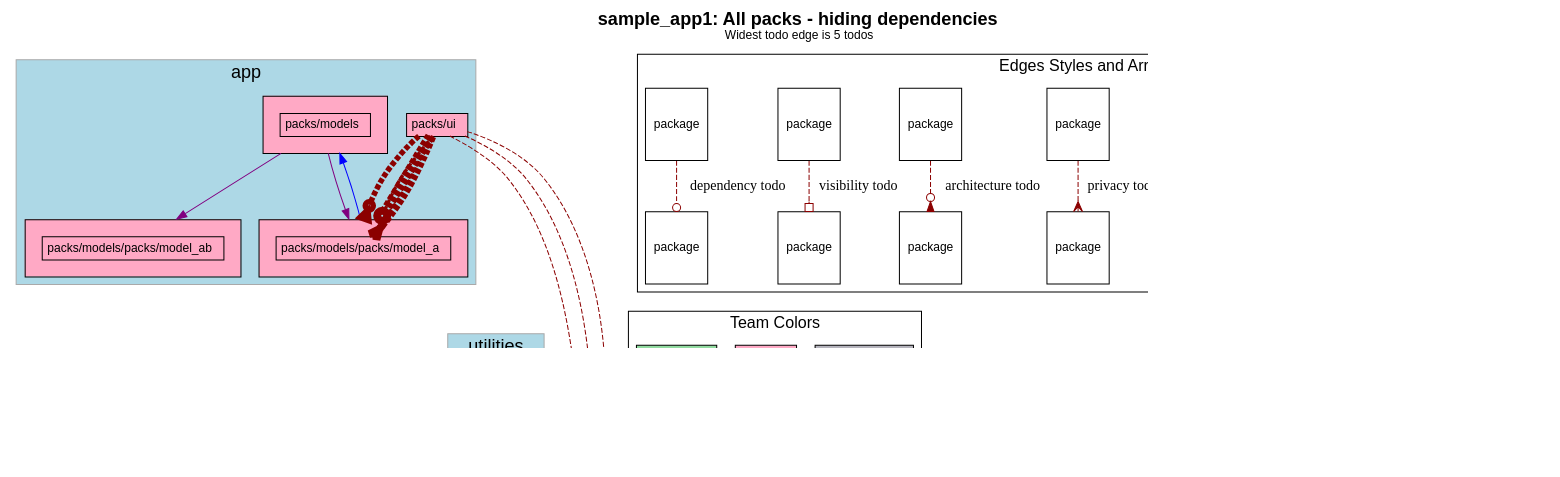
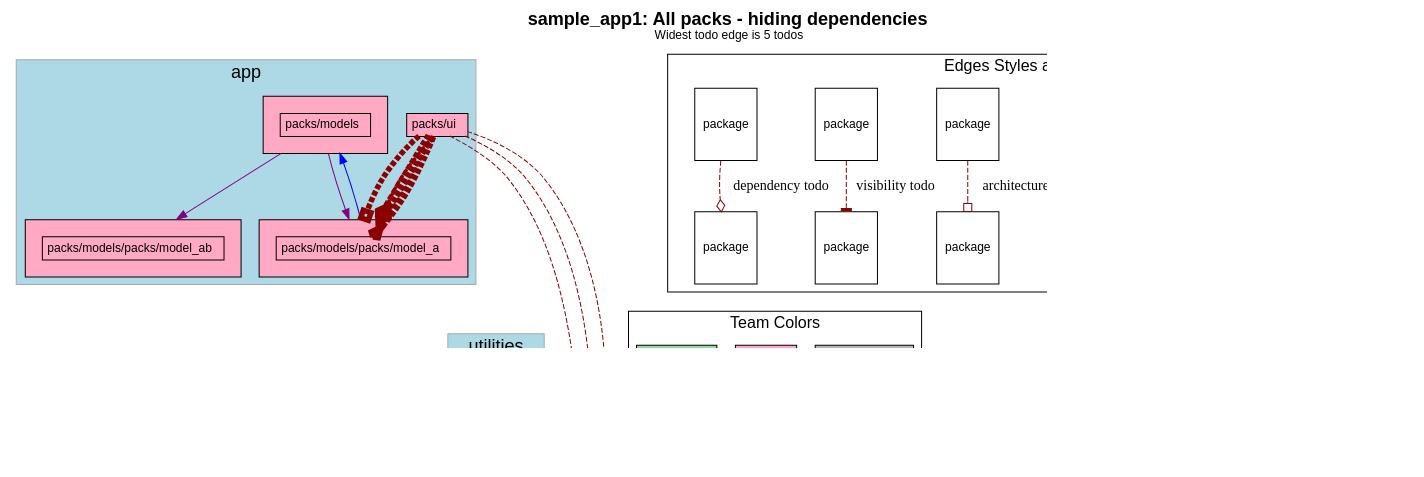
Before and after one commit to rubyatscale/visualize_packs: the diagram in spec/sample_app1/test_output/no_dependencies.dot, drawn with Graphviz. The commit also changed 20 other files, not shown here.

```diff
--- a/spec/sample_app1/test_output/no_dependencies.dot
+++ b/spec/sample_app1/test_output/no_dependencies.dot
@@ -130,33 +130,33 @@
         
     }
               "packs/utility" -> "." [ style=invis ]
-            "packs/ui" -> "." [ color=darkred style=dashed
+            "packs/ui" -> "." [
               # headlabel="dependency"
-                arrowhead=odot
+color=darkred style=dashed arrowhead=odiamond
               penwidth=1.0            ]
-            "packs/ui" -> "." [ color=darkred style=dashed
+            "packs/ui" -> "." [
               # headlabel="architecture"
-                arrowhead=invodot
+color=darkred style=dashed arrowhead=obox
               penwidth=1.0            ]
-            "packs/ui" -> "." [ color=darkred style=dashed
+            "packs/ui" -> "." [
               # headlabel="visibility"
-                arrowhead=obox
+color=darkred style=dashed arrowhead=tee
               penwidth=1.0            ]
-            "packs/ui" -> "packs/models/packs/model_a" [ color=darkred style=dashed
+            "packs/ui" -> "packs/models/packs/model_a" [
               # headlabel="dependency"
-                arrowhead=odot
+color=darkred style=dashed arrowhead=odiamond
               penwidth=10.0            ]
-            "packs/ui" -> "packs/models/packs/model_a":private [ color=darkred style=dashed
+            "packs/ui" -> "packs/models/packs/model_a":private [
               # headlabel="privacy"
-                arrowhead=crow
+color=darkred style=dashed arrowhead=crow
               penwidth=7.75            ]
-            "packs/ui" -> "packs/models/packs/model_a" [ color=darkred style=dashed
+            "packs/ui" -> "packs/models/packs/model_a" [
               # headlabel="architecture"
-                arrowhead=invodot
+color=darkred style=dashed arrowhead=obox
               penwidth=5.5            ]
-            "packs/ui" -> "packs/models/packs/model_a" [ color=darkred style=dashed
+            "packs/ui" -> "packs/models/packs/model_a" [
               # headlabel="visibility"
-                arrowhead=obox
+color=darkred style=dashed arrowhead=tee
               penwidth=3.25            ]
           "packs/models" -> "packs/models/packs/model_a" [ color=purple ]
           "packs/models" -> "packs/models/packs/model_ab" [ color=purple ]
@@ -164,30 +164,27 @@
     subgraph cluster_legend {
       fontsize=16
       label="Edges Styles and Arrow Heads"
-      A [ fontsize=12 shape=box label="package"]
-      B [ fontsize=12 shape=box label="package"]
       K [ fontsize=12 shape=box label="package"]
       L [ fontsize=12 shape=box label="package"]
+      K -> L [label="nested package" color=purple]
       M [ fontsize=12 shape=box label="package"]
       N [ fontsize=12 shape=box label="package"]
-
+      M -> N [label="visibile to" color=blue]
       C [ fontsize=12 shape=box label="package"]
       D [ fontsize=12 shape=box label="package"]
+      C -> D [label="privacy todo" color=darkred style=dashed arrowhead=crow]
       E [ fontsize=12 shape=box label="package"]
       F [ fontsize=12 shape=box label="package"]
+      E -> F [label="architecture todo" color=darkred style=dashed arrowhead=obox]
       G [ fontsize=12 shape=box label="package"]
       H [ fontsize=12 shape=box label="package"]
+      G -> H [label="visibility todo" color=darkred style=dashed arrowhead=tee]
       I [ fontsize=12 shape=box label="package"]
       J [ fontsize=12 shape=box label="package"]
-
-      A -> B [label="accepted dependency" color=darkgreen]
-      K -> L [label="nested package" color=purple]
-      M -> N [label="visibile to" color=darkgreen]
-
-      C -> D [label="privacy todo" color=darkred style=dashed arrowhead=crow]
-      E -> F [label="architecture todo" color=darkred style=dashed arrowhead=invodot]
-      G -> H [label="visibility todo" color=darkred style=dashed arrowhead=obox]
-      I -> J [label="dependency todo" color=darkred style=dashed arrowhead=odot]
+      I -> J [label="dependency todo" color=darkred style=dashed arrowhead=odiamond]
+      LEGEND_NODE_1 [ label="" peripheries=0 height=0 width=0 style=invis ]
+      LEGEND_NODE_2 [ label="" peripheries=0 height=0 width=0 style=invis ]
+      LEGEND_NODE_1 -> LEGEND_NODE_2 [ style=invis ]
     }
   subgraph cluster_teams_legend {
     fontsize=16
@@ -218,5 +215,5 @@
       ]
 
   }
-    J -> "Utility TeamUtility Team" [style=invis]
+    LEGEND_NODE_2 -> "Utility TeamUtility Team" [style=invis]
 }
```
